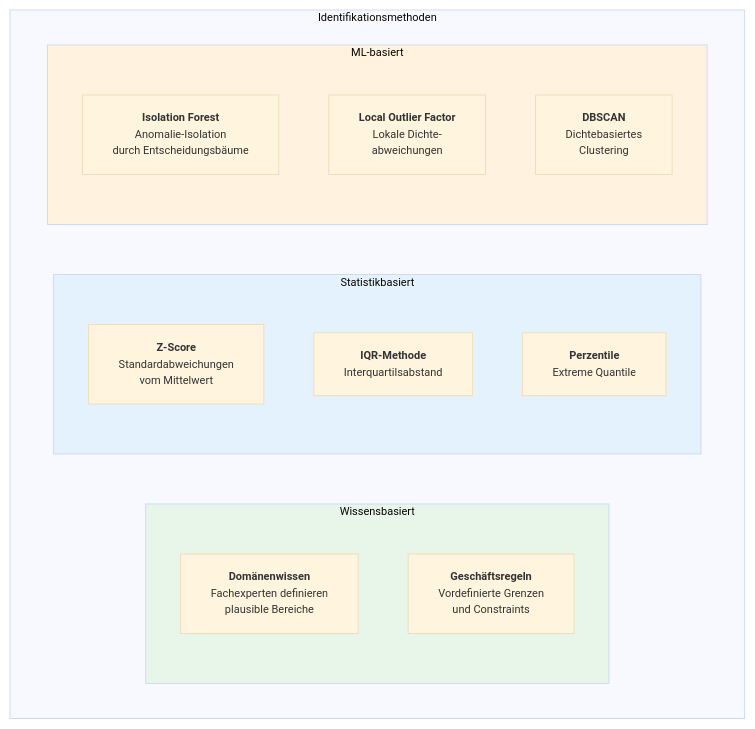
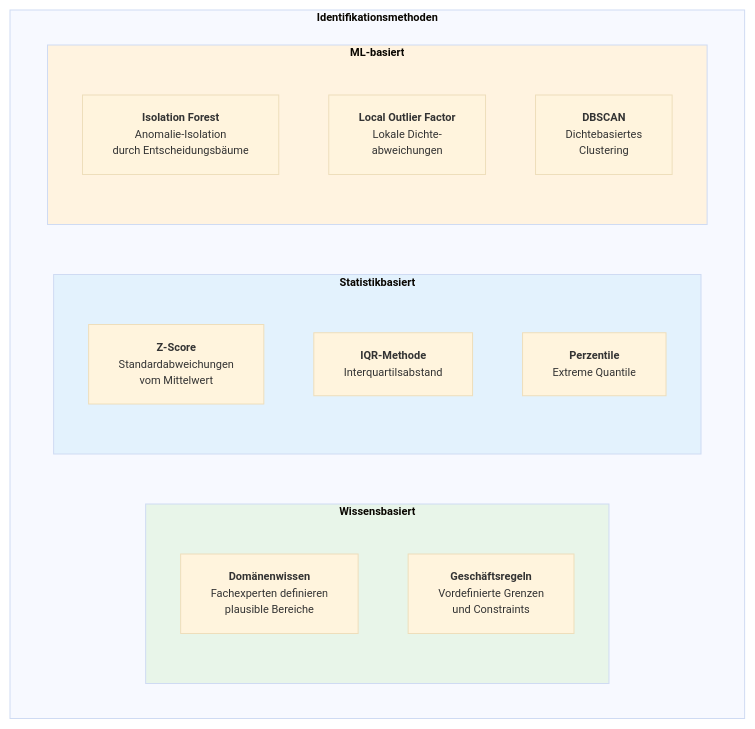
One commit to ralf-42/ML_Intro changed the third of 10 diagrams in docs/concepts/prepare/outlier.md. Above: the diagram before and after it, drawn with Mermaid. The commit also changed other lines of this file and 4 other files, not shown here.

````diff
--- a/docs/concepts/prepare/outlier.md
+++ b/docs/concepts/prepare/outlier.md
@@ -85,28 +85,28 @@
 ```mermaid
 %%{init: {'theme': 'base', 'themeVariables': {'fontSize': '11px'}}}%%
 flowchart TB
-    subgraph methoden["Identifikationsmethoden"]
+    subgraph methoden["<b>Identifikationsmethoden"]
         direction LR
 
-        subgraph wissen["Wissensbasiert"]
+        subgraph wissen["<b>Wissensbasiert"]
             domain["<b>Domänenwissen</b><br/>Fachexperten definieren<br/>plausible Bereiche"]
             rules["<b>Geschäftsregeln</b><br/>Vordefinierte Grenzen<br/>und Constraints"]
         end
 
-        subgraph statistik["Statistikbasiert"]
+        subgraph statistik["<b>Statistikbasiert"]
             zscore["<b>Z-Score</b><br/>Standardabweichungen<br/>vom Mittelwert"]
             iqr["<b>IQR-Methode</b><br/>Interquartilsabstand"]
             percentile["<b>Perzentile</b><br/>Extreme Quantile"]
         end
 
-        subgraph ml["ML-basiert"]
+        subgraph ml["<b>ML-basiert"]
             iforest["<b>Isolation Forest</b><br/>Anomalie-Isolation<br/>durch Entscheidungsbäume"]
             lof["<b>Local Outlier Factor</b><br/>Lokale Dichte-<br/>abweichungen"]
             dbscan["<b>DBSCAN</b><br/>Dichtebasiertes<br/>Clustering"]
         end
     end
 
     style wissen fill:#e8f5e9
     style statistik fill:#e3f2fd
     style ml fill:#fff3e0
 ```
````
